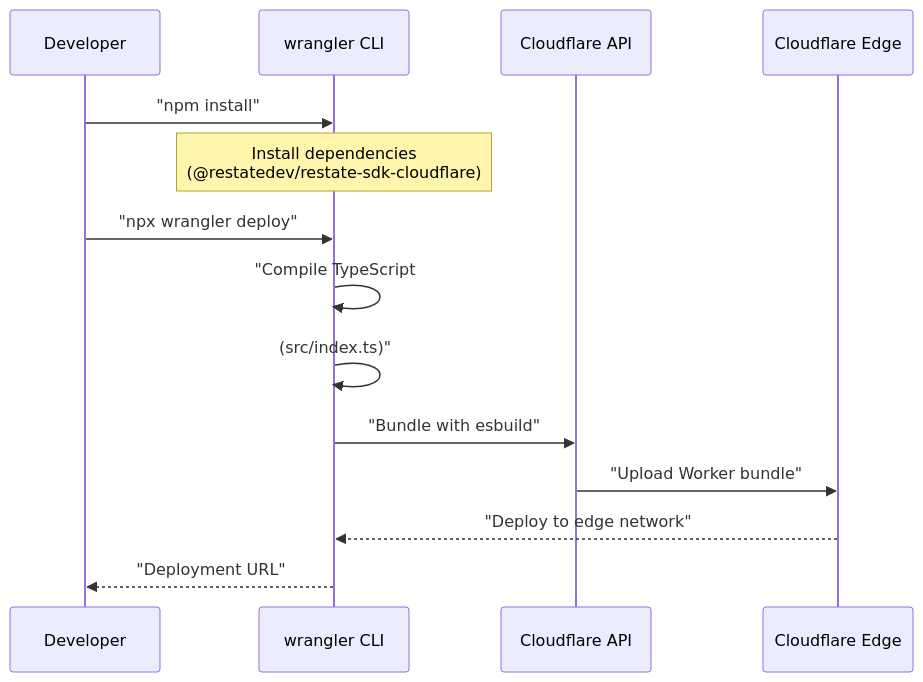
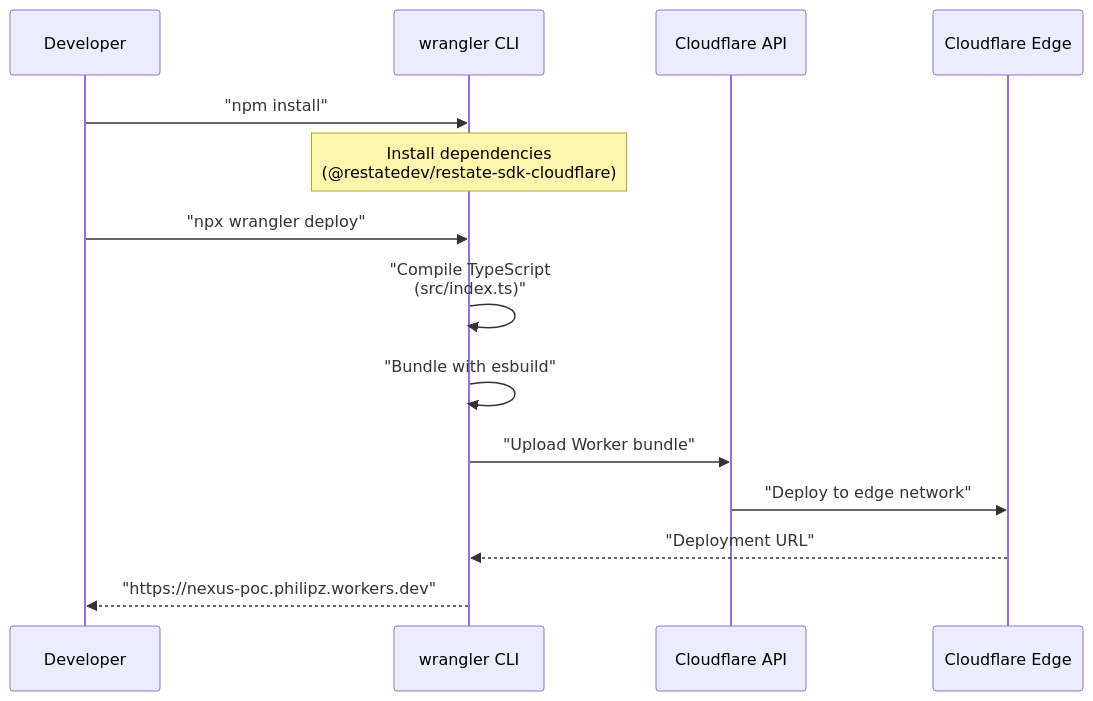
Before and after one commit to philipz/restate-cloudflare-workers-poc: the second of 6 diagrams in docs/deepwiki/Cloud-Deployment.md, drawn with Mermaid. The commit also changed other lines of this file and 18 other files, not shown here.

Commit message:
refactor: standardize mermaid diagram participant syntax across documentation files

````diff
--- a/docs/deepwiki/Cloud-Deployment.md
+++ b/docs/deepwiki/Cloud-Deployment.md
@@ -99,17 +99,17 @@
 ```mermaid
 sequenceDiagram
-  participant Developer
-  participant wrangler CLI
-  participant Cloudflare API
-  participant Cloudflare Edge
+  participant p1 as Developer
+  participant p2 as wrangler CLI
+  participant p3 as Cloudflare API
+  participant p4 as Cloudflare Edge
 
-  Developer->>wrangler CLI: "npm install"
-  note over wrangler CLI: Install dependencies<br/>(@restatedev/restate-sdk-cloudflare)
-  Developer->>wrangler CLI: "npx wrangler deploy"
-  wrangler CLI->>wrangler CLI: "Compile TypeScript
-  wrangler CLI->>wrangler CLI: (src/index.ts)"
-  wrangler CLI->>Cloudflare API: "Bundle with esbuild"
-  Cloudflare API->>Cloudflare Edge: "Upload Worker bundle"
-  Cloudflare Edge-->>wrangler CLI: "Deploy to edge network"
-  wrangler CLI-->>Developer: "Deployment URL"
+  p1->>p2: "npm install"
+  note over p2: Install dependencies<br/>(@restatedev/restate-sdk-cloudflare)
+  p1->>p2: "npx wrangler deploy"
+  p2->>p2: "Compile TypeScript<br/>(src/index.ts)"
+  p2->>p2: "Bundle with esbuild"
+  p2->>p3: "Upload Worker bundle"
+  p3->>p4: "Deploy to edge network"
+  p4-->>p2: "Deployment URL"
+  p2-->>p1: "https://nexus-poc.philipz.workers.dev"
 ```
````
